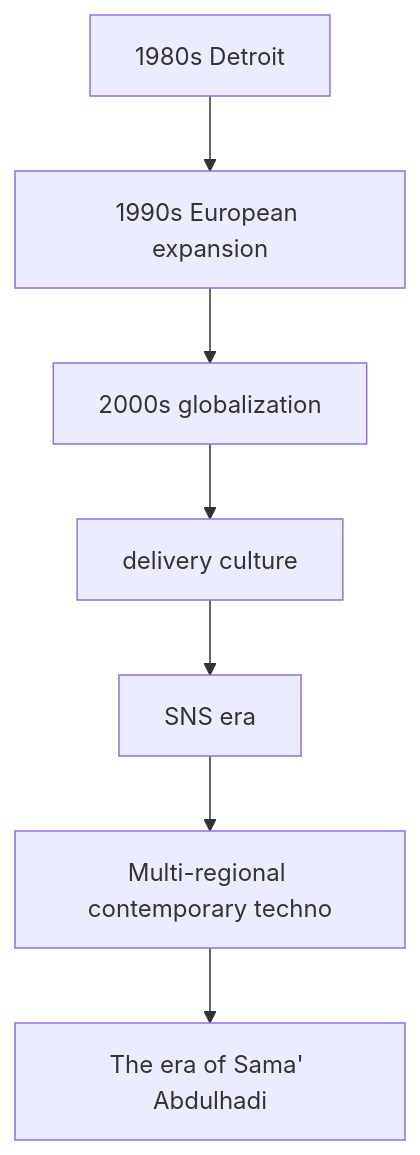
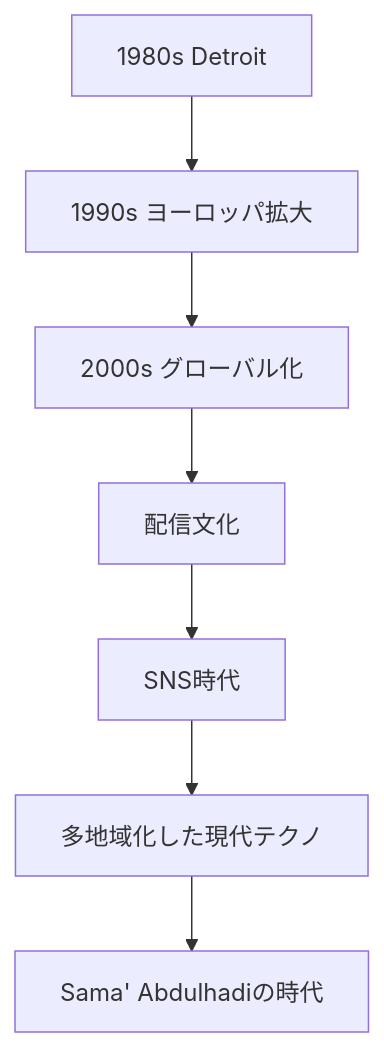
Before and after one commit to monumental-movement/monumental-movement.github.io: the seventh of 7 diagrams in en/_posts/2026-05-24-column-sama-abdulhadi.md, drawn with Mermaid. The commit also changed other lines of this file and 2196 other files, not shown here.

```diff
--- a/en/_posts/2026-05-24-column-sama-abdulhadi.md
+++ b/en/_posts/2026-05-24-column-sama-abdulhadi.md
@@ -467,9 +467,9 @@
 <div class="mermaid">
 flowchart TD
-A[1980s Detroit] --> B[1990s European expansion]
-B --> C[2000s globalization]
-C --> D[delivery culture]
-D --> E[SNS era]
-E --> F[Multi-regional contemporary techno]
-F --> G[The era of Sama' Abdulhadi]
+A[1980s Detroit] --> B[1990s ヨーロッパ拡大]
+B --> C[2000s グローバル化]
+C --> D[配信文化]
+D --> E[SNS時代]
+E --> F[多地域化した現代テクノ]
+F --> G[Sama' Abdulhadiの時代]
 </div>
```
